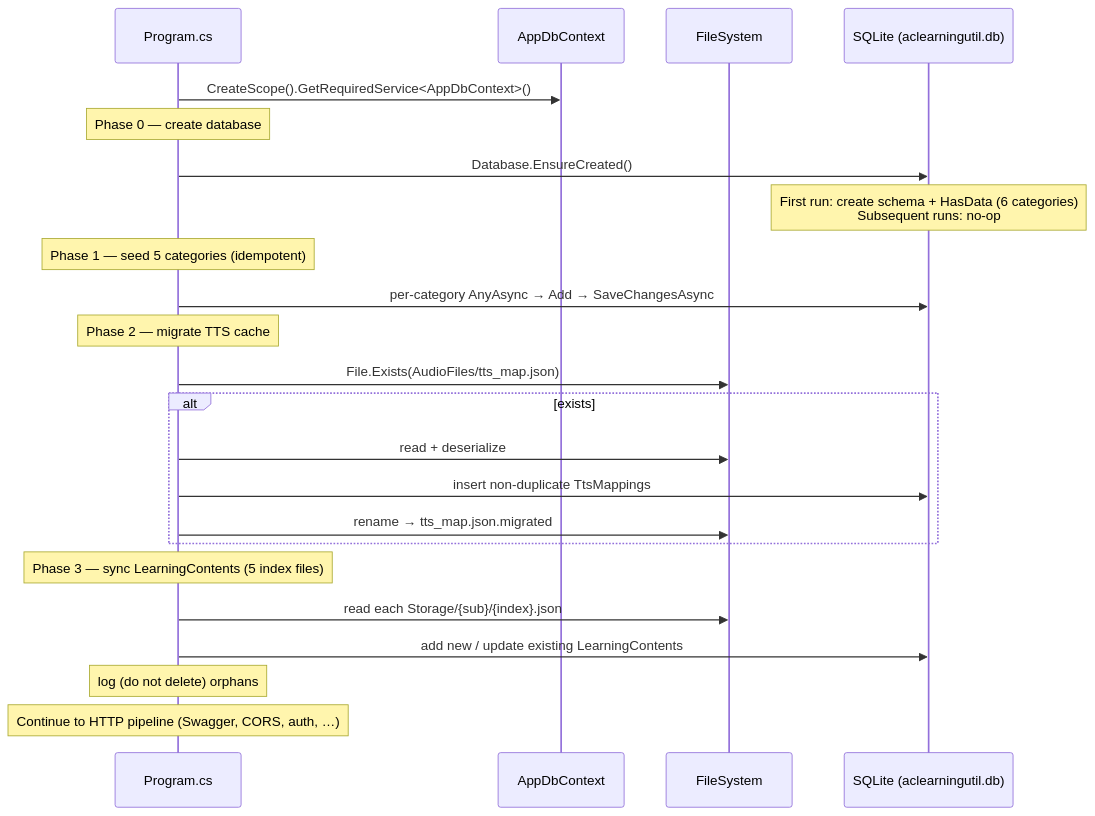
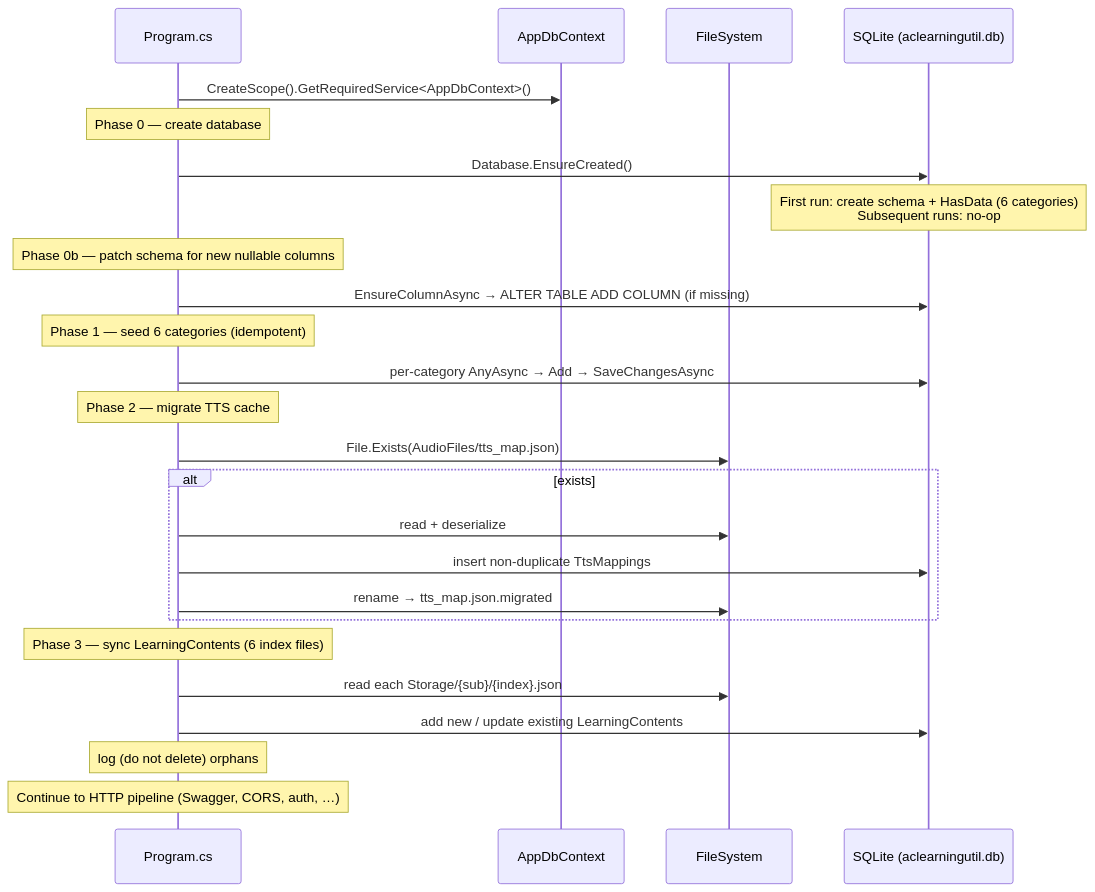
One commit to alvachien/aclearningutil changed the first of 4 diagrams in docs/design-data-seeder.md. Above: the diagram before and after it, drawn with Mermaid. The commit also changed other lines of this file and 23 other files, not shown here.

Commit message:
New changes for db schema update

````diff
--- a/docs/design-data-seeder.md
+++ b/docs/design-data-seeder.md
@@ -27,30 +28,33 @@
 ```mermaid
 sequenceDiagram
     participant App as Program.cs
     participant DB as AppDbContext
     participant FS as FileSystem
     participant SQLite as SQLite (aclearningutil.db)
 
     App->>DB: CreateScope().GetRequiredService<AppDbContext>()
     Note over App: Phase 0 — create database
     App->>SQLite: Database.EnsureCreated()
     Note over SQLite: First run: create schema + HasData (6 categories)<br/>Subsequent runs: no-op
 
-    Note over App: Phase 1 — seed 5 categories (idempotent)
+    Note over App: Phase 0b — patch schema for new nullable columns
+    App->>SQLite: EnsureColumnAsync → ALTER TABLE ADD COLUMN (if missing)
+
+    Note over App: Phase 1 — seed 6 categories (idempotent)
     App->>SQLite: per-category AnyAsync → Add → SaveChangesAsync
 
     Note over App: Phase 2 — migrate TTS cache
     App->>FS: File.Exists(AudioFiles/tts_map.json)
     alt exists
         App->>FS: read + deserialize
         App->>SQLite: insert non-duplicate TtsMappings
         App->>FS: rename → tts_map.json.migrated
     end
 
-    Note over App: Phase 3 — sync LearningContents (5 index files)
+    Note over App: Phase 3 — sync LearningContents (6 index files)
     App->>FS: read each Storage/{sub}/{index}.json
     App->>SQLite: add new / update existing LearningContents
     Note over App: log (do not delete) orphans
 
     Note over App: Continue to HTTP pipeline (Swagger, CORS, auth, …)
 ```
````
